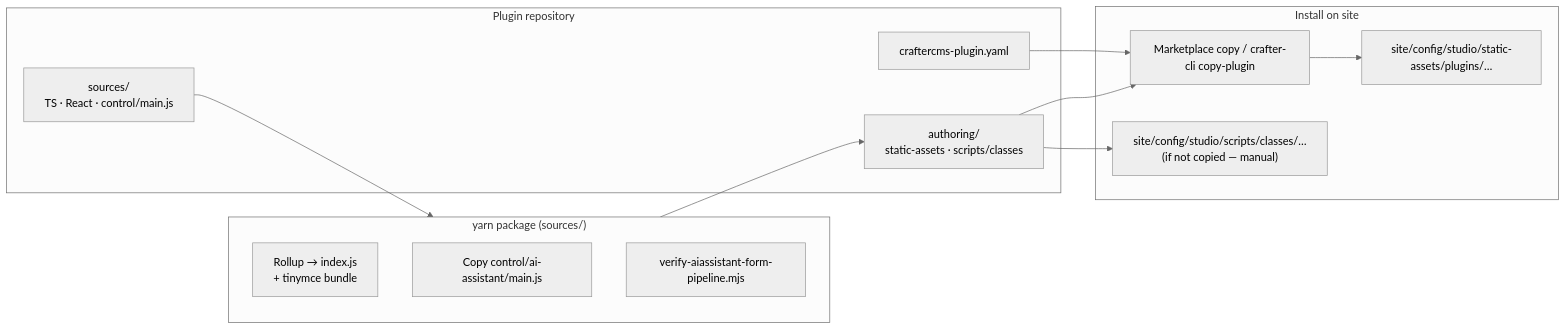
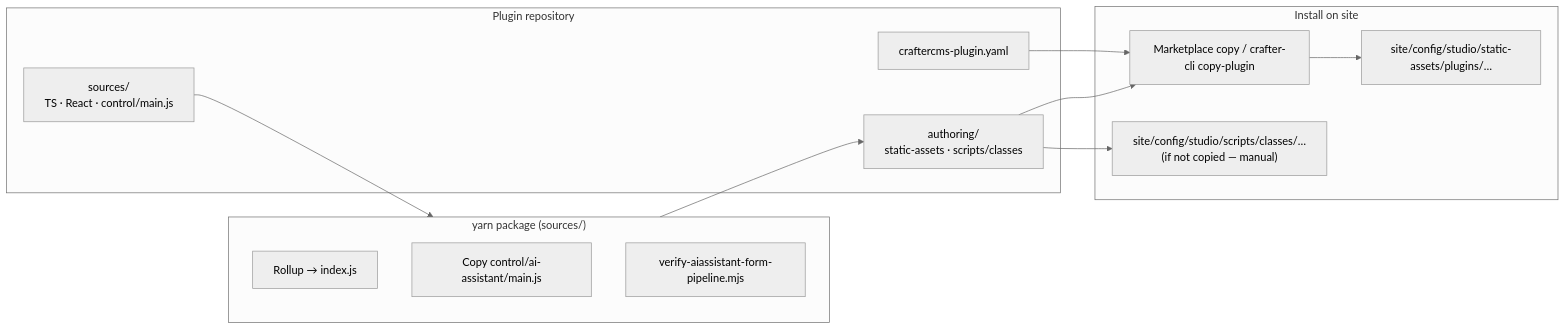
One commit to craftercms/ai-assistant-plugin changed the ninth of 13 diagrams in docs/architecture-diagrams.md. Above: the diagram before and after it, drawn with Mermaid (neutral theme). The commit also changed other lines of this file and 20 other files, not shown here.

````diff
--- a/docs/architecture-diagrams.md
+++ b/docs/architecture-diagrams.md
@@ -351,27 +341,27 @@
 ```mermaid
 flowchart LR
   subgraph repo["Plugin repository"]
     Sources["sources/\nTS · React · control/main.js"]
     Authoring["authoring/\nstatic-assets · scripts/classes"]
     Yaml["craftercms-plugin.yaml"]
   end
 
   subgraph build["yarn package (sources/)"]
-    Rollup["Rollup → index.js\n+ tinymce bundle"]
+    Rollup["Rollup → index.js"]
     Copy["Copy control/ai-assistant/main.js"]
     Verify["verify-aiassistant-form-pipeline.mjs"]
   end
 
   subgraph install["Install on site"]
     CopyPlugin["Marketplace copy / crafter-cli copy-plugin"]
     SitePath["site/config/studio/static-assets/plugins/…"]
     SiteClasses["site/config/studio/scripts/classes/…\n(if not copied — manual)"]
   end
 
   Sources --> build
   build --> Authoring
   Authoring --> CopyPlugin
   CopyPlugin --> SitePath
   Authoring --> SiteClasses
   Yaml --> CopyPlugin
 ```
````
